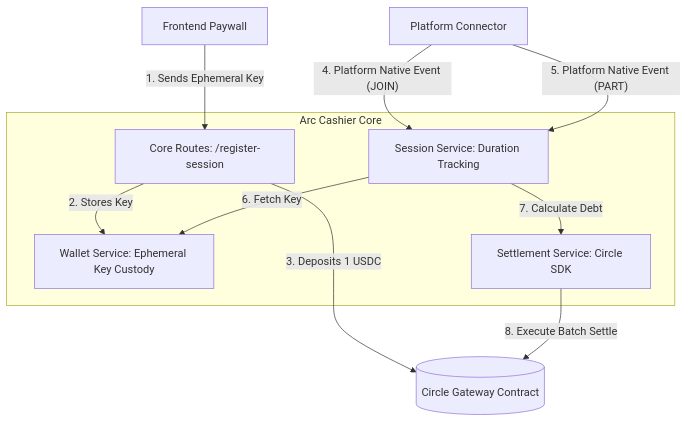
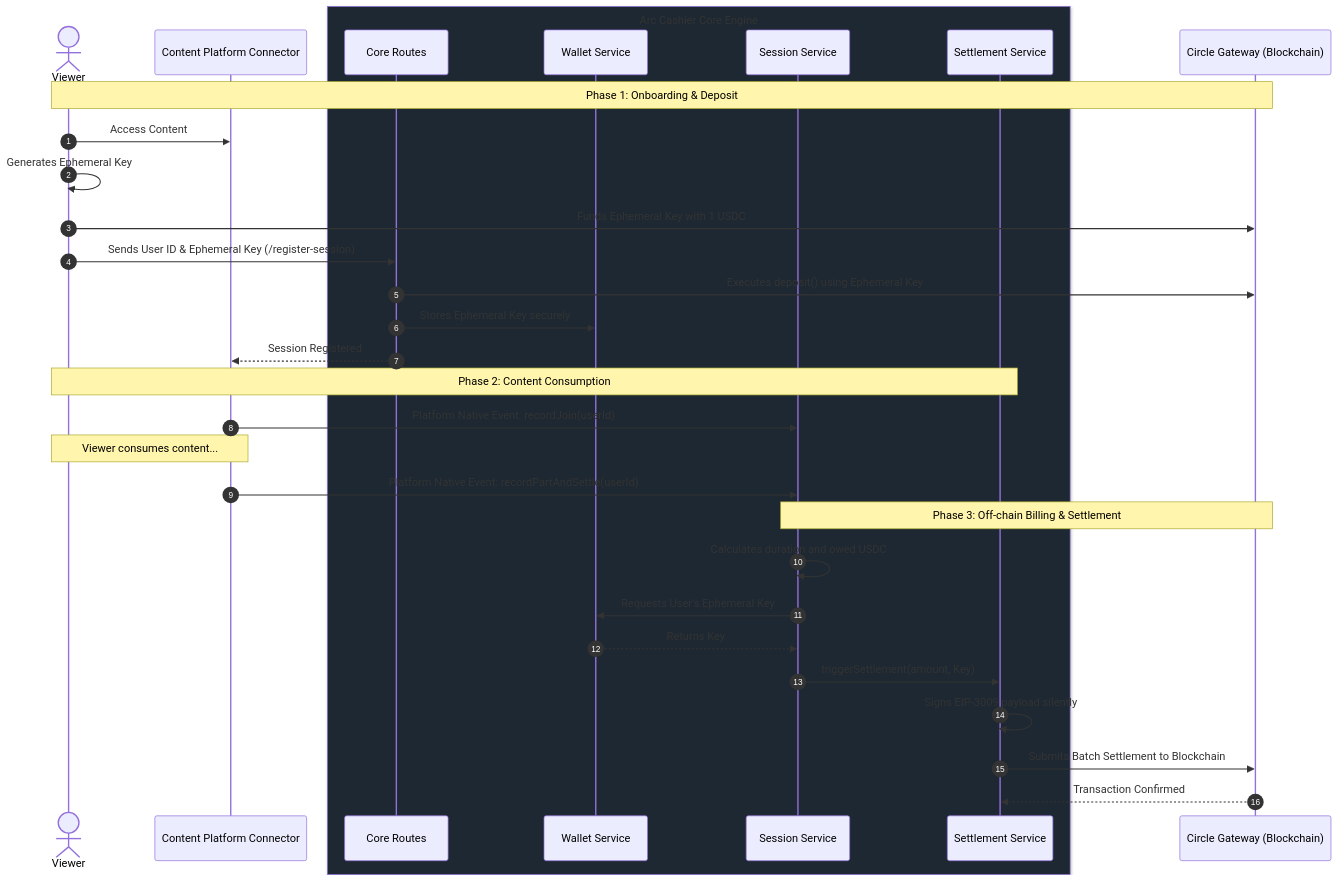
The diagram in README.md (JaDi03/tessera), drawn with Mermaid before and after one commit. The commit also changed other lines of this file and 1 other file, not shown here.

Commit message:
docs: remove all platform specific mentions from core diagram and text

````diff
--- a/README.md
+++ b/README.md
@@ -30,27 +30,41 @@
 ```mermaid
-graph TD
-    %% Core Nodes
-    subgraph Core Engine [Arc Cashier Core]
-        Routes[Core Routes: /register-session]
-        Wallet[Wallet Service: Ephemeral Key Custody]
-        Session[Session Service: Duration Tracking]
-        Settlement[Settlement Service: Circle SDK]
+sequenceDiagram
+    autonumber
+    actor Viewer
+    participant Connector as Content Platform Connector
+    
+    box rgb(30, 40, 50) Arc Cashier Core Engine
+    participant CoreRoutes as Core Routes
+    participant Wallet as Wallet Service
+    participant Session as Session Service
+    participant Settlement as Settlement Service
     end
+    
+    participant Gateway as Circle Gateway (Blockchain)
 
-    %% External Actors
-    Client[Frontend Paywall]
-    Plugin[Platform Connector]
-    Gateway[(Circle Gateway Contract)]
+    %% 1. Onboarding Phase
+    note over Viewer, Gateway: Phase 1: Onboarding & Deposit
+    Viewer->>Connector: Access Content
+    Viewer->>Viewer: Generates Ephemeral Key
+    Viewer->>Gateway: Funds Ephemeral Key with 1 USDC
+    Viewer->>CoreRoutes: Sends User ID & Ephemeral Key (/register-session)
+    CoreRoutes->>Gateway: Executes deposit() using Ephemeral Key
+    CoreRoutes->>Wallet: Stores Ephemeral Key securely
+    CoreRoutes-->>Connector: Session Registered
 
-    %% Connections
-    Client -- 1. Sends Ephemeral Key --> Routes
-    Routes -- 2. Stores Key --> Wallet
-    Routes -- 3. Deposits 1 USDC --> Gateway
+    %% 2. Consumption Phase
+    note over Viewer, Settlement: Phase 2: Content Consumption
+    Connector->>Session: Platform Native Event: recordJoin(userId)
+    Note over Viewer, Connector: Viewer consumes content...
+    Connector->>Session: Platform Native Event: recordPartAndSettle(userId)
     
-    Plugin -- 4. Platform Native Event (JOIN) --> Session
-    Plugin -- 5. Platform Native Event (PART) --> Session
-    
-    Session -- 6. Fetch Key --> Wallet
-    Session -- 7. Calculate Debt --> Settlement
-    Settlement -- 8. Execute Batch Settle --> Gateway
+    %% 3. Settlement Phase
+    note over Session, Gateway: Phase 3: Off-chain Billing & Settlement
+    Session->>Session: Calculates duration and owed USDC
+    Session->>Wallet: Requests User's Ephemeral Key
+    Wallet-->>Session: Returns Key
+    Session->>Settlement: triggerSettlement(amount, Key)
+    Settlement->>Settlement: Signs EIP-3009 payload silently
+    Settlement->>Gateway: Submits Batch Settlement to Blockchain
+    Gateway-->>Settlement: Transaction Confirmed
 ```
````
